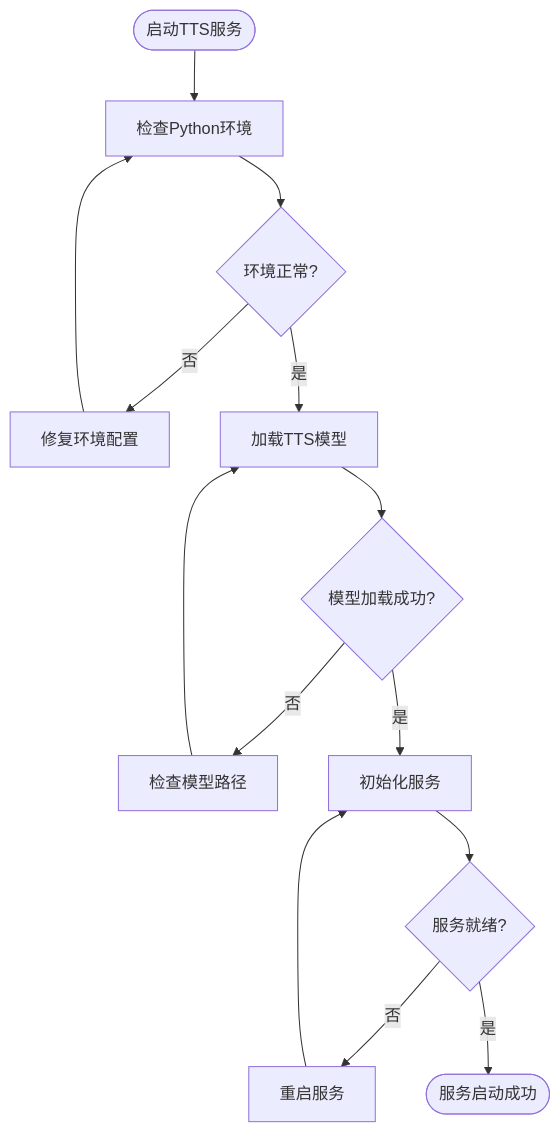
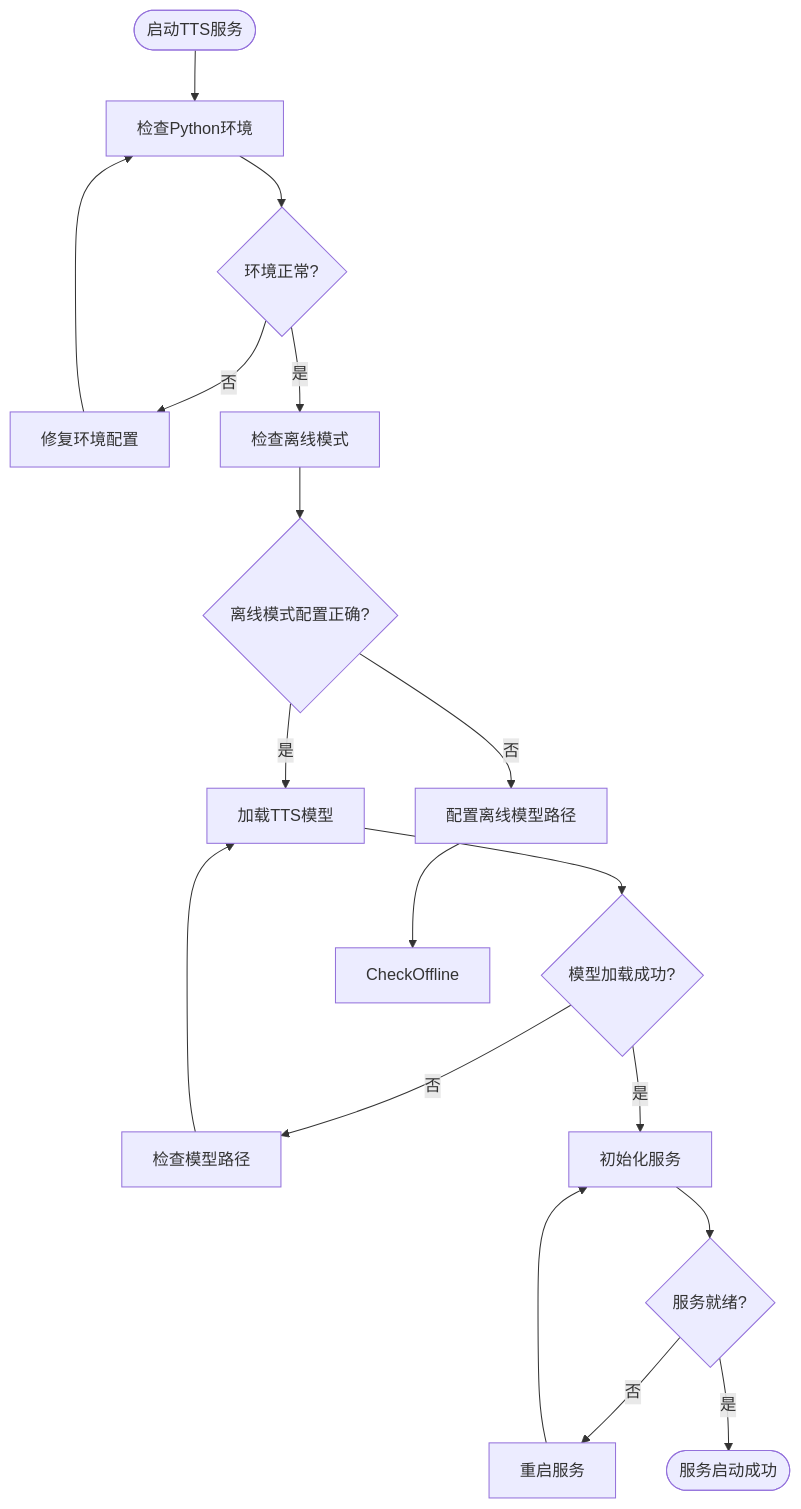
The first of 7 diagrams in .qoder/repowiki/zh/content/故障排查与调试.md (arthurlee116/english-listening-trainer), drawn with Mermaid before and after one commit. The commit also changed other lines of this file and 12 other files, not shown here.

````diff
--- a/.qoder/repowiki/zh/content/故障排查与调试.md
+++ b/.qoder/repowiki/zh/content/故障排查与调试.md
@@ -219,16 +228,20 @@
 ```mermaid
 flowchart TD
 Start([启动TTS服务]) --> CheckEnv["检查Python环境"]
 CheckEnv --> EnvValid{"环境正常?"}
 EnvValid --> |否| FixEnv["修复环境配置"]
-EnvValid --> |是| LoadModels["加载TTS模型"]
+EnvValid --> |是| CheckOfflineMode["检查离线模式"]
+CheckOfflineMode --> OfflineValid{"离线模式配置正确?"}
+OfflineValid --> |否| FixOffline["配置离线模型路径"]
+OfflineValid --> |是| LoadModels["加载TTS模型"]
 LoadModels --> ModelsLoaded{"模型加载成功?"}
 ModelsLoaded --> |否| CheckModelPath["检查模型路径"]
 ModelsLoaded --> |是| InitService["初始化服务"]
 InitService --> ServiceReady{"服务就绪?"}
 ServiceReady --> |否| RestartService["重启服务"]
 ServiceReady --> |是| End([服务启动成功])
 FixEnv --> CheckEnv
+FixOffline --> CheckOffline
 CheckModelPath --> LoadModels
 RestartService --> InitService
 ```
````
